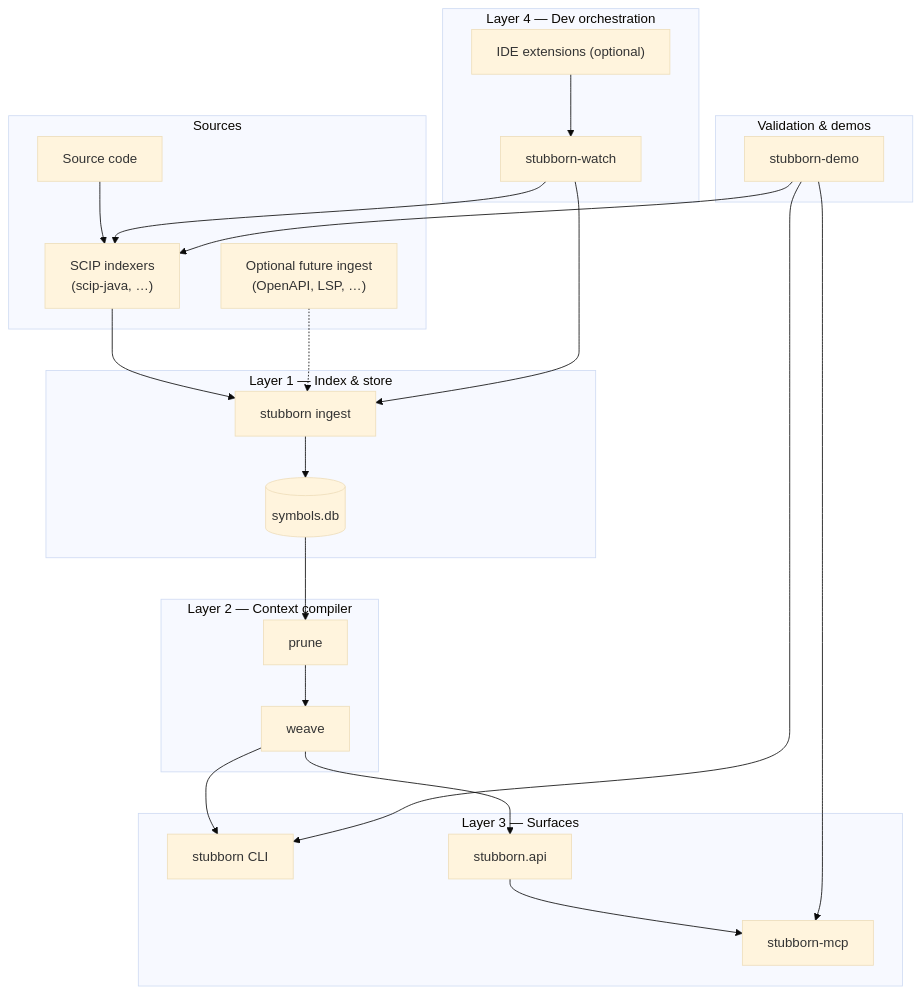
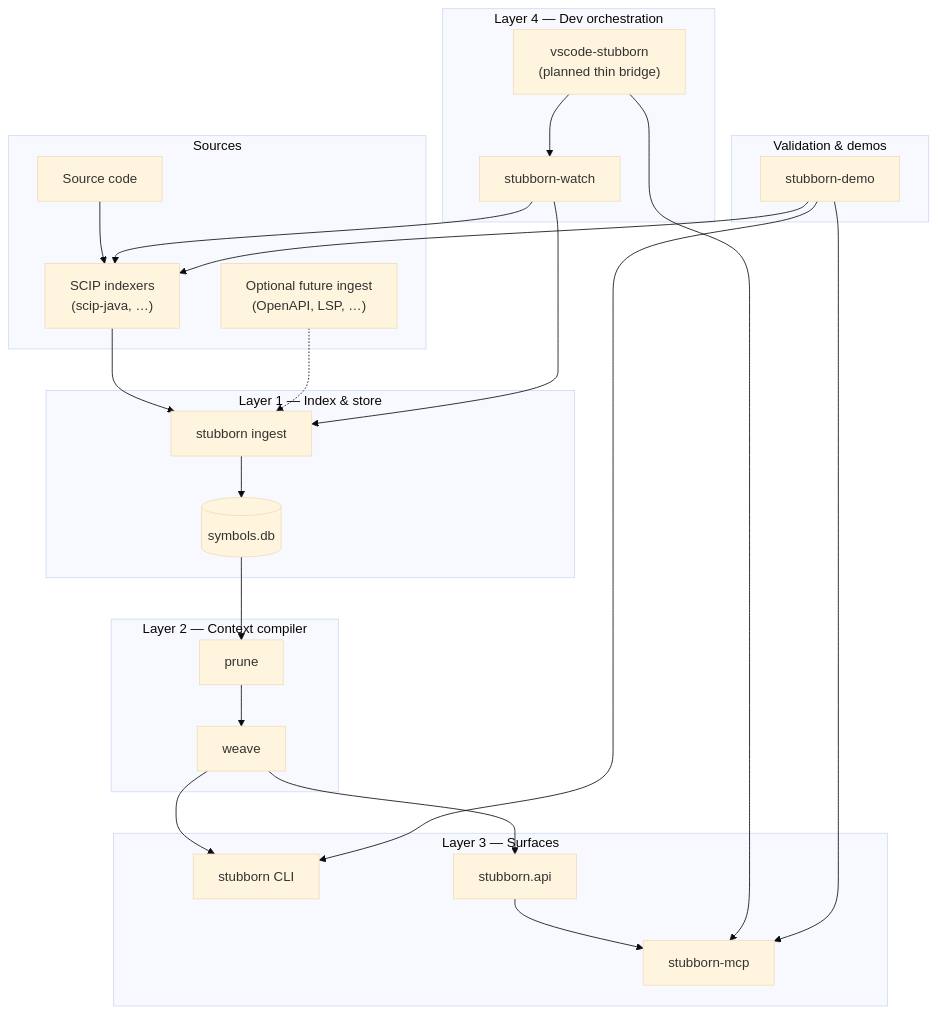
The first of 3 diagrams in docs/ARCHITECTURE.md (stubborn-ai/stubborn-hub), drawn with Mermaid (base theme) before and after one commit. The commit also changed other lines of this file and 4 other files, not shown here.

First line of the commit message:
Document vscode-stubborn bridge.

````diff
--- a/docs/ARCHITECTURE.md
+++ b/docs/ARCHITECTURE.md
@@ -15,46 +15,47 @@
 ```mermaid
 flowchart TB
   subgraph sources["Sources"]
     SRC["Source code"]
     SCIP_IDX["SCIP indexers<br/>(scip-java, …)"]
     ALT["Optional future ingest<br/>(OpenAPI, LSP, …)"]
   end
 
   subgraph L1["Layer 1 — Index & store"]
     ING["stubborn ingest"]
     DB[(symbols.db)]
     SRC --> SCIP_IDX --> ING
     ALT -.-> ING
     ING --> DB
   end
 
   subgraph L2["Layer 2 — Context compiler"]
     PRU["prune"]
     WEA["weave"]
     DB --> PRU --> WEA
   end
 
   subgraph L3["Layer 3 — Surfaces"]
     CLI["stubborn CLI"]
     API["stubborn.api"]
     MCP["stubborn-mcp"]
     WEA --> CLI
     WEA --> API
     API --> MCP
   end
 
   subgraph L4["Layer 4 — Dev orchestration"]
     WATCH["stubborn-watch"]
-    IDE["IDE extensions (optional)"]
+    IDE["vscode-stubborn<br/>(planned thin bridge)"]
     WATCH --> SCIP_IDX
     WATCH --> ING
+    IDE --> MCP
     IDE --> WATCH
   end
 
   subgraph VAL["Validation & demos"]
     DEMO["stubborn-demo"]
     DEMO --> SCIP_IDX
     DEMO --> CLI
     DEMO --> MCP
   end
 ```
````
